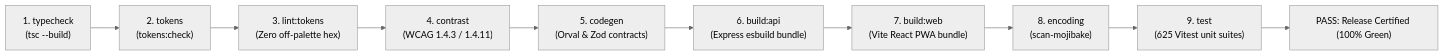
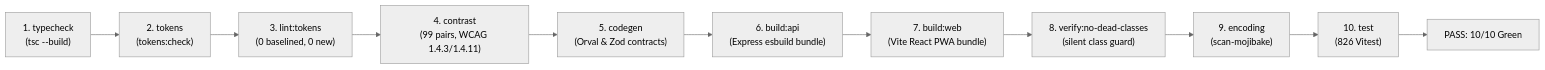
The second of 2 diagrams in spec/master-verification-matrix.md (Driftloom/TaskOS), drawn with Mermaid (neutral theme) before and after one commit. The commit also changed other lines of this file, not shown here.

````diff
--- a/spec/master-verification-matrix.md
+++ b/spec/master-verification-matrix.md
@@ -125,12 +186,13 @@
 ```mermaid
 flowchart LR
     G1["1. typecheck<br/>(tsc --build)"] --> G2["2. tokens<br/>(tokens:check)"]
-    G2 --> G3["3. lint:tokens<br/>(Zero off-palette hex)"]
-    G3 --> G4["4. contrast<br/>(WCAG 1.4.3 / 1.4.11)"]
+    G2 --> G3["3. lint:tokens<br/>(0 baselined, 0 new)"]
+    G3 --> G4["4. contrast<br/>(99 pairs, WCAG 1.4.3/1.4.11)"]
     G4 --> G5["5. codegen<br/>(Orval & Zod contracts)"]
     G5 --> G6["6. build:api<br/>(Express esbuild bundle)"]
     G6 --> G7["7. build:web<br/>(Vite React PWA bundle)"]
-    G7 --> G8["8. encoding<br/>(scan-mojibake)"]
-    G8 --> G9["9. test<br/>(625 Vitest unit suites)"]
-    G9 --> Green["PASS: Release Certified (100% Green)"]
+    G7 --> G8["8. verify:no-dead-classes<br/>(silent class guard)"]
+    G8 --> G9["9. encoding<br/>(scan-mojibake)"]
+    G9 --> G10["10. test<br/>(826 Vitest)"]
+    G10 --> Green["PASS: 10/10 Green"]
 ```
````
